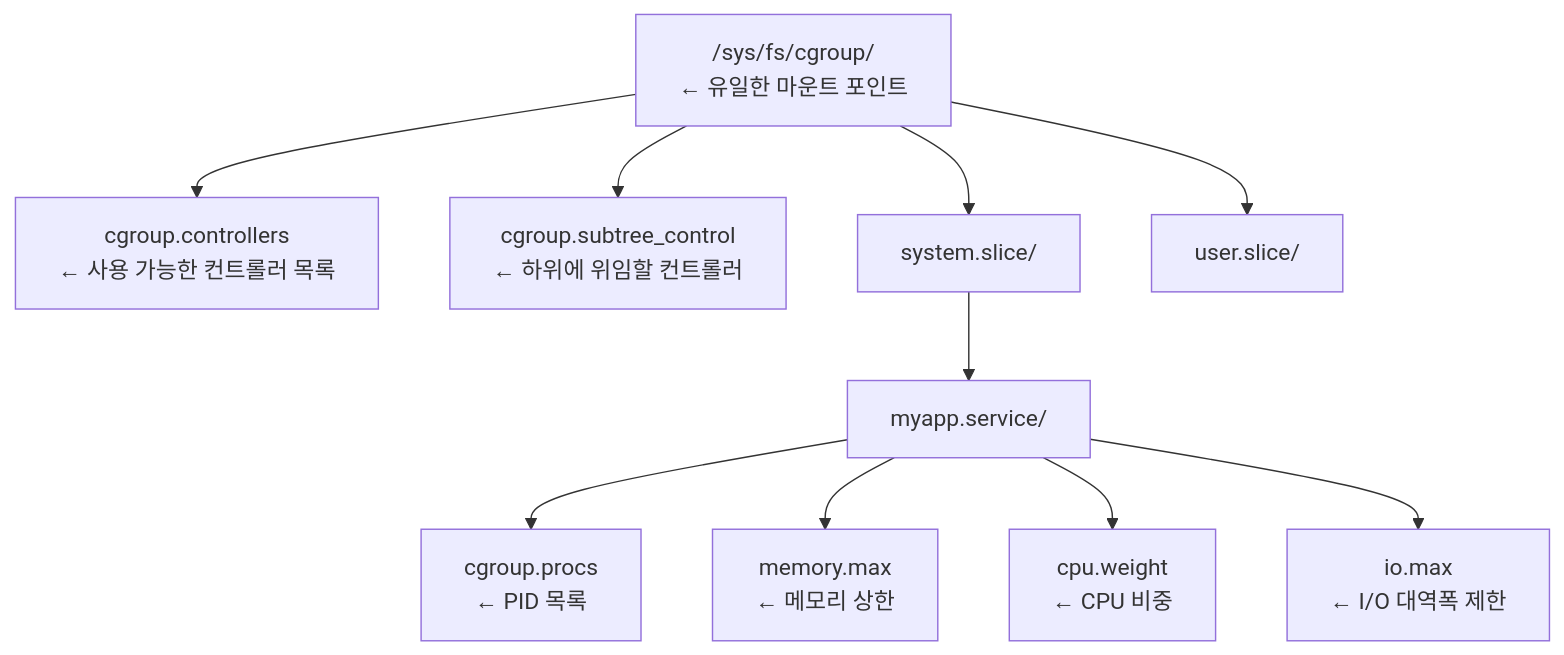
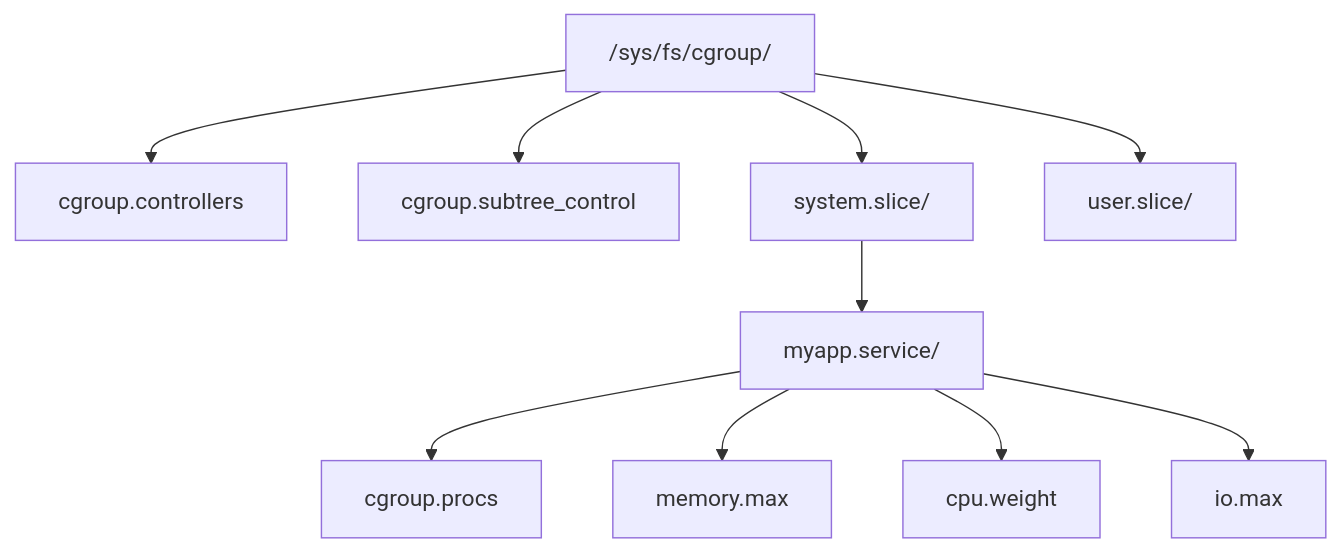
Before and after one commit to moonblueblue/devops-wiki: the second of 2 diagrams in content/linux/process-isolation/cgroups.md, drawn with Mermaid. The commit also changed other lines of this file and 3 other files, not shown here.

First line of the commit message:
style: Mermaid 노드 10개 이하·레이블 간소화 규칙 적용

````diff
--- a/content/linux/process-isolation/cgroups.md
+++ b/content/linux/process-isolation/cgroups.md
@@ -66,15 +62,13 @@
 ```mermaid
 graph TD
-    ROOT["/sys/fs/cgroup/<br/>← 유일한 마운트 포인트"]
-
-    ROOT --> CC["cgroup.controllers<br/>← 사용 가능한 컨트롤러 목록"]
-    ROOT --> CSC["cgroup.subtree_control<br/>← 하위에 위임할 컨트롤러"]
+    ROOT["/sys/fs/cgroup/"]
+    ROOT --> CC["cgroup.controllers"]
+    ROOT --> CSC["cgroup.subtree_control"]
     ROOT --> SYS["system.slice/"]
     ROOT --> USR["user.slice/"]
-
     SYS --> SVC["myapp.service/"]
-    SVC --> PROCS["cgroup.procs<br/>← PID 목록"]
-    SVC --> MEMMAX["memory.max<br/>← 메모리 상한"]
-    SVC --> CPUW["cpu.weight<br/>← CPU 비중"]
-    SVC --> IOMAX["io.max<br/>← I/O 대역폭 제한"]
+    SVC --> PROCS["cgroup.procs"]
+    SVC --> MEMMAX["memory.max"]
+    SVC --> CPUW["cpu.weight"]
+    SVC --> IOMAX["io.max"]
 ```
````
